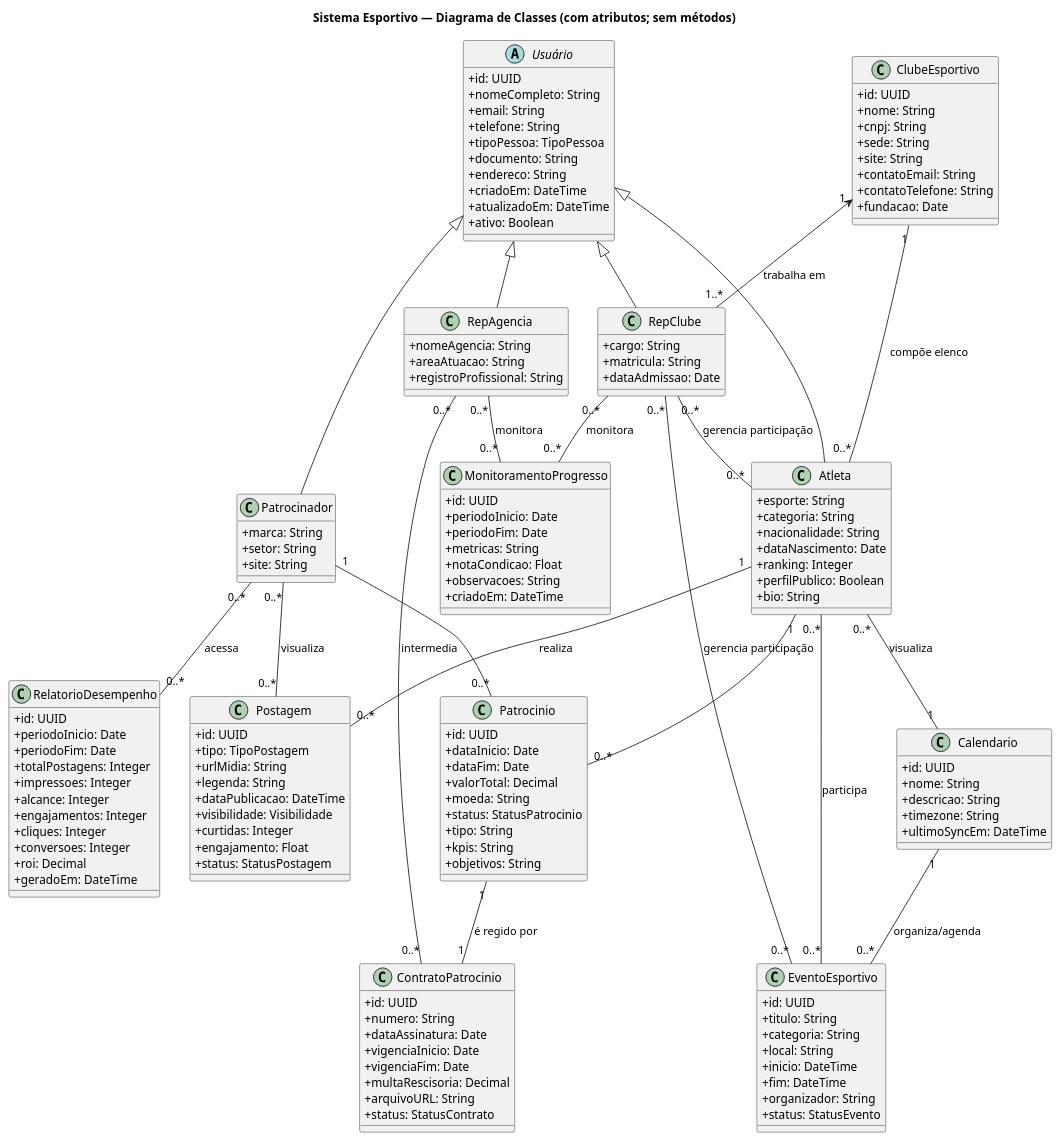
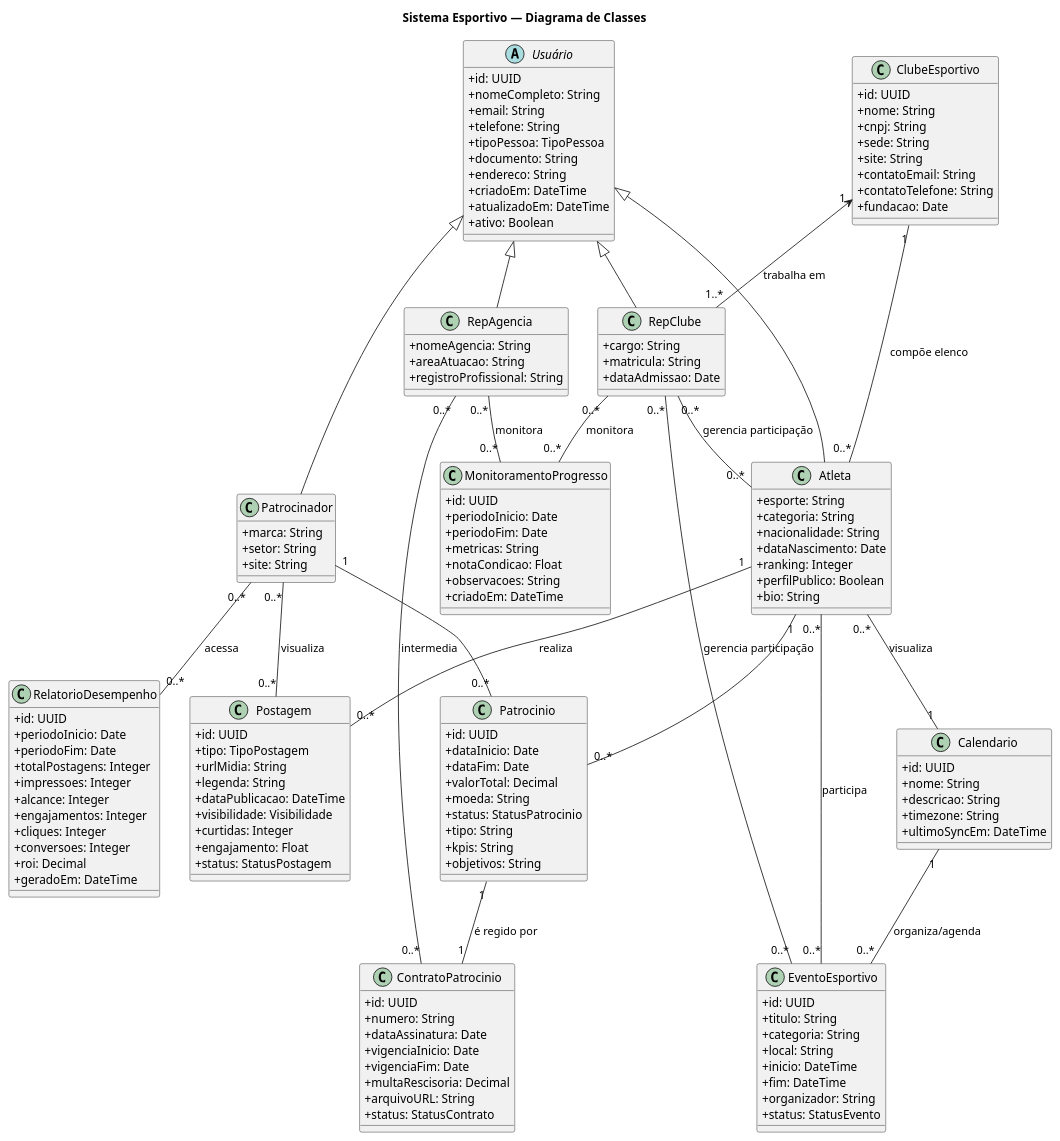
Before and after one commit to carloshenriquehannas/TCC: the diagram in Atletas/diagramaClasses-atletas.puml, drawn with PlantUML. The commit also changed 7 other files, not shown here.

```diff
--- a/Atletas/diagramaClasses-atletas.puml
+++ b/Atletas/diagramaClasses-atletas.puml
@@ -1,168 +1,168 @@
-@startuml
-title Sistema Esportivo — Diagrama de Classes (com atributos; sem métodos)
+@startuml diagramaClasses - atletas
+title Sistema Esportivo — Diagrama de Classes
 skinparam classAttributeIconSize 0
 
 ' ======== Papéis e atores como classes de domínio ========
 abstract class Usuário {
   +id: UUID
   +nomeCompleto: String
   +email: String
   +telefone: String
   +tipoPessoa: TipoPessoa           
   +documento: String                
   +endereco: String
   +criadoEm: DateTime
   +atualizadoEm: DateTime
   +ativo: Boolean
 }
 
 class Atleta {
   +esporte: String
   +categoria: String                
   +nacionalidade: String
   +dataNascimento: Date
   +ranking: Integer
   +perfilPublico: Boolean
   +bio: String
 }
 
 class Patrocinador {
   +marca: String
   +setor: String                    
   +site: String
 }
 
 class RepAgencia {
   +nomeAgencia: String
   +areaAtuacao: String
   +registroProfissional: String
 }
 
 class RepClube {
   +cargo: String
   +matricula: String
   +dataAdmissao: Date
 }
 
 ' Herança já definida
 Usuário <|-- Atleta
 Usuário <|-- Patrocinador
 Usuário <|-- RepAgencia
 Usuário <|-- RepClube
 
 ' ======== Conteúdo & Publicações ========
 class Postagem {
   +id: UUID
   +tipo: TipoPostagem               
   +urlMidia: String
   +legenda: String
   +dataPublicacao: DateTime
   +visibilidade: Visibilidade       
   +curtidas: Integer
   +engajamento: Float               
   +status: StatusPostagem           
 }
 
 ' ======== Interações & Relatórios ========
 class RelatorioDesempenho {
   +id: UUID
   +periodoInicio: Date
   +periodoFim: Date
   +totalPostagens: Integer
   +impressoes: Integer
   +alcance: Integer
   +engajamentos: Integer
   +cliques: Integer
   +conversoes: Integer
   +roi: Decimal
   +geradoEm: DateTime
 }
 
 ' ======== Calendário & Eventos ========
 class Calendario {
   +id: UUID
   +nome: String
   +descricao: String
   +timezone: String
   +ultimoSyncEm: DateTime
 }
 
 class EventoEsportivo {
   +id: UUID
   +titulo: String
   +categoria: String                
   +local: String
   +inicio: DateTime
   +fim: DateTime
   +organizador: String
   +status: StatusEvento             
 }
 
 ' ======== Patrocínios & Contratos ========
 class Patrocinio {
   +id: UUID
   +dataInicio: Date
   +dataFim: Date
   +valorTotal: Decimal
   +moeda: String
   +status: StatusPatrocinio         
   +tipo: String                     
   +kpis: String                     
   +objetivos: String
 }
 
 class ContratoPatrocinio {
   +id: UUID
   +numero: String
   +dataAssinatura: Date
   +vigenciaInicio: Date
   +vigenciaFim: Date
   +multaRescisoria: Decimal
   +arquivoURL: String
   +status: StatusContrato           
 }
 
 ' ======== Monitoramento ========
 class MonitoramentoProgresso {
   +id: UUID
   +periodoInicio: Date
   +periodoFim: Date
   +metricas: String                 
   +notaCondicao: Float
   +observacoes: String
   +criadoEm: DateTime
 }
 
 ' ======== Clube ========
 class ClubeEsportivo {
   +id: UUID
   +nome: String
   +cnpj: String
   +sede: String
   +site: String
   +contatoEmail: String
   +contatoTelefone: String
   +fundacao: Date
 }
 
 ' ======== Relações previamente definidas (mantidas) ========
 ClubeEsportivo "1" <-- "1..*" RepClube : trabalha em
 Patrocinador "1" -- "0..*" Patrocinio
 Atleta       "1" -- "0..*" Patrocinio
 Patrocinador "0..*" -- "0..*" Postagem : visualiza
 ClubeEsportivo "1" -- "0..*" Atleta : compõe elenco
 Atleta "0..*" -- "0..*" EventoEsportivo : participa
 Calendario "1" -- "0..*" EventoEsportivo : organiza/agenda
 
 ' ======== Complementações anteriores (mantidas) ========
 Atleta "1" -- "0..*" Postagem : realiza
 Patrocinio "1" -- "1" ContratoPatrocinio : é regido por
 RepClube "0..*" -- "0..*" Atleta : gerencia participação
 RepClube "0..*" -- "0..*" EventoEsportivo : gerencia participação
 Atleta "0..*" -- "1" Calendario : visualiza
 RepAgencia "0..*" -- "0..*" ContratoPatrocinio : intermedia
 RepClube   "0..*" -- "0..*" MonitoramentoProgresso : monitora
 RepAgencia "0..*" -- "0..*" MonitoramentoProgresso : monitora
 Patrocinador "0..*" -- "0..*" RelatorioDesempenho : acessa
 
 @enduml
```
